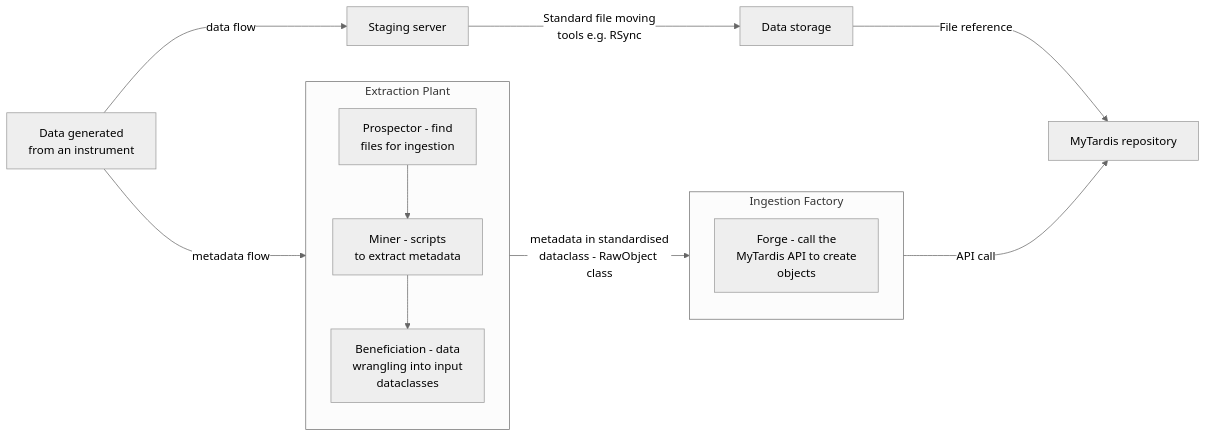
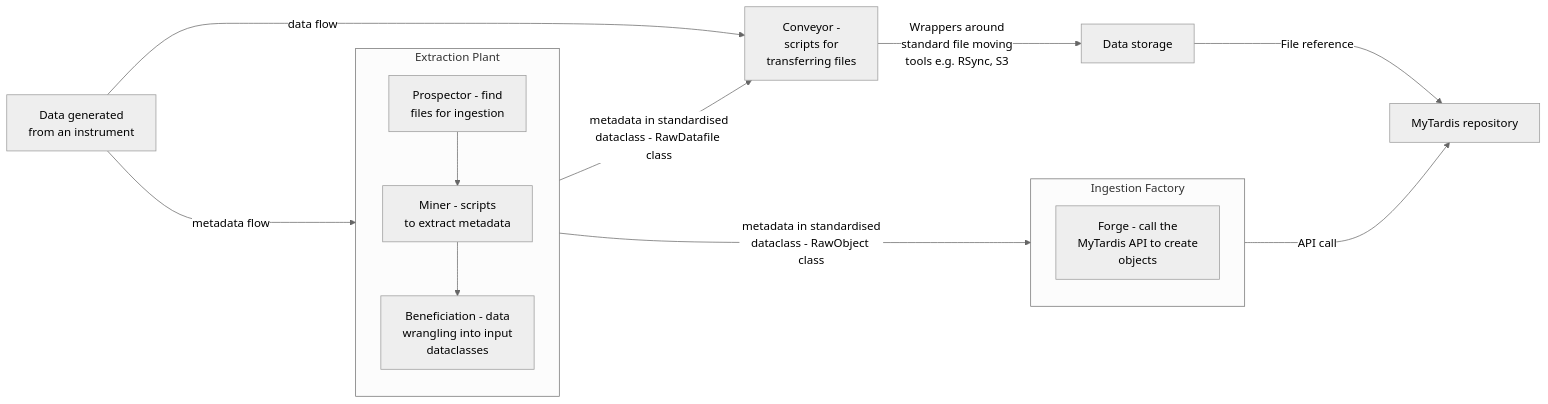
The second of 3 diagrams in docs/Server-side-validation/scoping and design.md (UoA-eResearch/mytardis_ingestion), drawn with Mermaid (neutral theme) before and after one commit. The commit also changed other lines of this file, not shown here.

````diff
--- a/docs/Server-side-validation/scoping and design.md
+++ b/docs/Server-side-validation/scoping and design.md
@@ -80,32 +80,37 @@
 ```mermaid
 flowchart LR
     instrument["`Data generated
     from an instrument`"]
     instrument -- metadata flow ---> Extraction
     subgraph Extraction[Extraction Plant]
         direction TB
         prospector["`Prospector - find
         files for ingestion`"]
         miner["`Miner - scripts
         to extract metadata`"]
         beneficiation["`Beneficiation - data
         wrangling into input
         dataclasses`"]
         prospector --> miner --> beneficiation
     end
     Extraction -- "`metadata in standardised
     dataclass - RawObject class`" --> Ingestion
+    Extraction -- "`metadata in standardised
+    dataclass - RawDatafile class`" --> conveyor
     subgraph Ingestion[Ingestion Factory]
         forge["`Forge - call the
         MyTardis API to create
         objects`"]
     end
     storage["`Data storage`"]
-    staging["`Staging server`"]
-    instrument -- data flow ---> staging
-    staging -- "`Standard file moving
-    tools e.g. RSync`" --> storage
+    conveyor["`Conveyor -
+    scripts for
+    transferring files`"]
+    instrument -- data flow ---> conveyor
+    conveyor -- "`Wrappers around
+    standard file moving
+    tools e.g. RSync, S3`" --> storage
     mytardis["`MyTardis repository`"]
     Ingestion -- "`API call`" ---> mytardis
     storage -- "`File reference`" ---> mytardis
 ```
````
